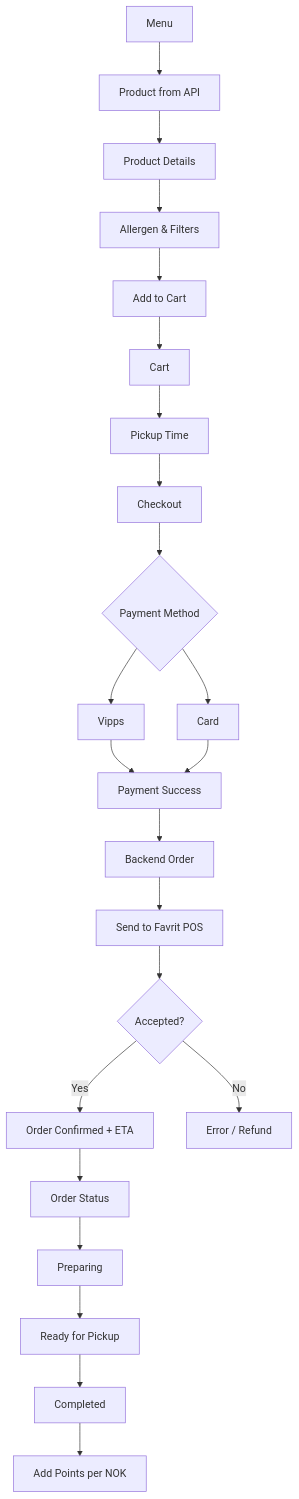
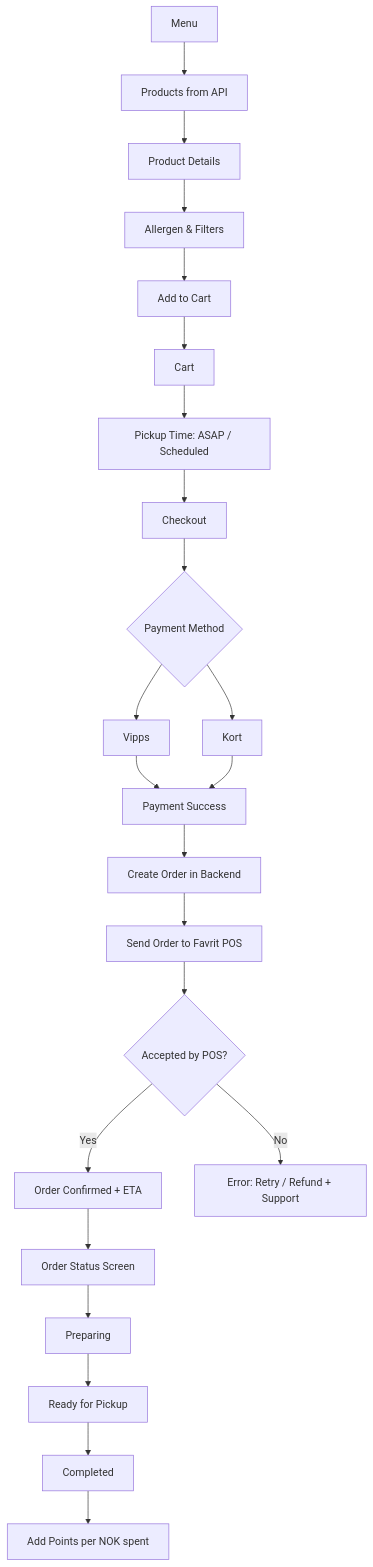
The second of 8 diagrams in readme.md (haroonjamil/smashing), drawn with Mermaid before and after one commit. The commit also changed other lines of this file, not shown here.

````diff
--- a/readme.md
+++ b/readme.md
@@ -27,28 +40,28 @@
 ```mermaid
 flowchart TD
-  A[Menu] --> B[Product from API]
+  A[Menu] --> B[Products from API]
   B --> C[Product Details]
   C --> D[Allergen & Filters]
   D --> E[Add to Cart]
   E --> F[Cart]
-  F --> G[Pickup Time]
+  F --> G[Pickup Time: ASAP / Scheduled]
   G --> H[Checkout]
   H --> I{Payment Method}
   I --> V[Vipps]
-  I --> K[Card]
+  I --> K[Kort]
   V --> P[Payment Success]
   K --> P[Payment Success]
 
-  P --> Q[Backend Order]
-  Q --> R[Send to Favrit POS]
-  R --> S{Accepted?}
+  P --> Q[Create Order in Backend]
+  Q --> R[Send Order to Favrit POS]
+  R --> S{Accepted by POS?}
   S -- Yes --> T[Order Confirmed + ETA]
-  S -- No --> U[Error / Refund]
+  S -- No --> U[Error: Retry / Refund + Support]
 
-  T --> O[Order Status]
+  T --> O[Order Status Screen]
   O --> O1[Preparing]
   O1 --> O2[Ready for Pickup]
   O2 --> O3[Completed]
 
-  O3 --> M[Add Points per NOK]
+  O3 --> M[Add Points per NOK spent]
 ```
````
